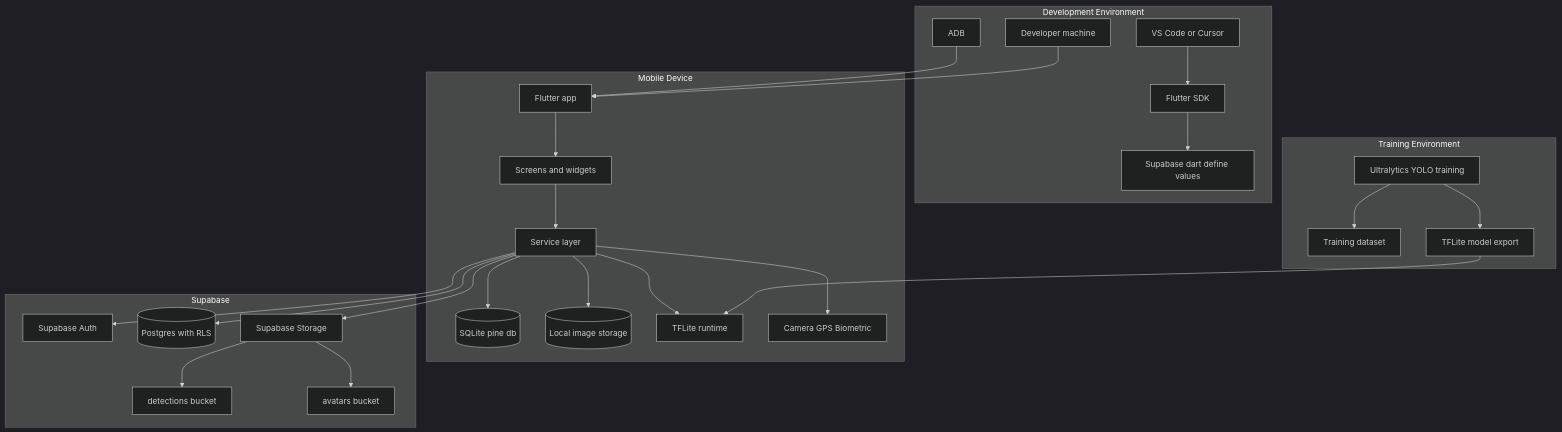
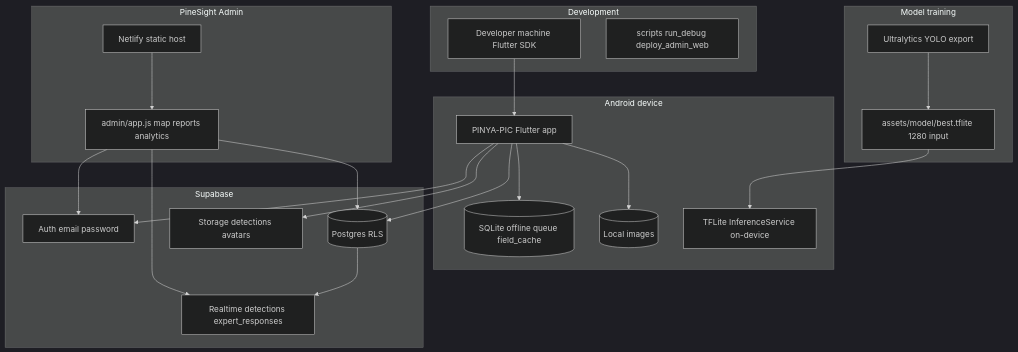
One commit to janrafael29/PINE changed the diagram in docs/diagrams/deployment.mmd. Above: the diagram before and after it, drawn with Mermaid (dark theme). The commit also changed 117 other files, not shown here.

First line of the commit message:
Add staff middleware workflows, reviewed export, and admin web updates.

```diff
--- a/docs/diagrams/deployment.mmd
+++ b/docs/diagrams/deployment.mmd
@@ -1,51 +1,42 @@
 flowchart TD
-    subgraph DEV[Development Environment]
-        PC[Developer machine]
-        IDE[VS Code or Cursor]
-        FLUTTER[Flutter SDK]
-        DARTDEFINE[Supabase dart define values]
-        ADB[ADB]
+    subgraph DEV[Development]
+        PC[Developer machine Flutter SDK]
+        SCR[scripts run_debug deploy_admin_web]
     end
 
-    subgraph TRAIN[Training Environment]
-        YOLO[Ultralytics YOLO training]
-        DATASET[Training dataset]
-        MODEL[TFLite model export]
+    subgraph TRAIN[Model training]
+        YOLO[Ultralytics YOLO export]
+        TFL[assets/model/best.tflite 1280 input]
     end
 
-    subgraph MOBILE[Mobile Device]
-        APP[Flutter app]
-        UI[Screens and widgets]
-        SVC[Service layer]
-        SQLITE[(SQLite pine db)]
-        LOCALIMG[(Local image storage)]
-        INFER[TFLite runtime]
-        HW[Camera GPS Biometric]
+    subgraph MOBILE[Android device]
+        APP[PINYA-PIC Flutter app]
+        SQL[(SQLite offline queue field_cache)]
+        LOCAL[(Local images)]
+        INF[TFLite InferenceService on-device]
+    end
+
+    subgraph WEB[PineSight Admin]
+        NL[Netlify static host]
+        JS[admin/app.js map reports analytics]
     end
 
     subgraph CLOUD[Supabase]
-        SA[Supabase Auth]
-        PG[(Postgres with RLS)]
-        SB[Supabase Storage]
-        B1[detections bucket]
-        B2[avatars bucket]
+        AUTH[Auth email password]
+        PG[(Postgres RLS)]
+        RT[Realtime detections expert_responses]
+        ST[Storage detections avatars]
     end
 
-    IDE --> FLUTTER
-    FLUTTER --> DARTDEFINE
     PC --> APP
-    ADB --> APP
-    YOLO --> DATASET
-    YOLO --> MODEL
-    MODEL --> INFER
-    APP --> UI
-    UI --> SVC
-    SVC --> SQLITE
-    SVC --> LOCALIMG
-    SVC --> INFER
-    SVC --> HW
-    SVC --> SA
-    SVC --> PG
-    SVC --> SB
-    SB --> B1
-    SB --> B2
+    YOLO --> TFL --> INF
+    APP --> SQL
+    APP --> LOCAL
+    APP --> AUTH
+    APP --> PG
+    APP --> ST
+    NL --> JS
+    JS --> AUTH
+    JS --> PG
+    JS --> RT
+    PG --> RT
```
